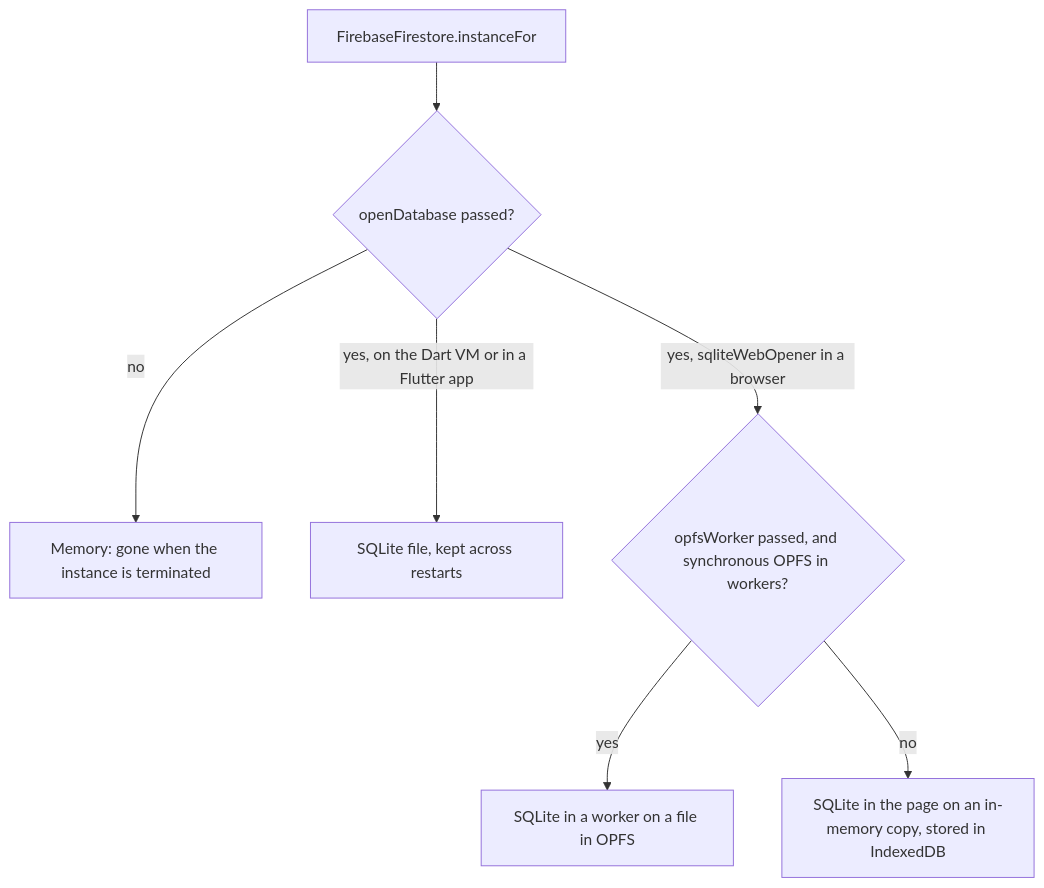
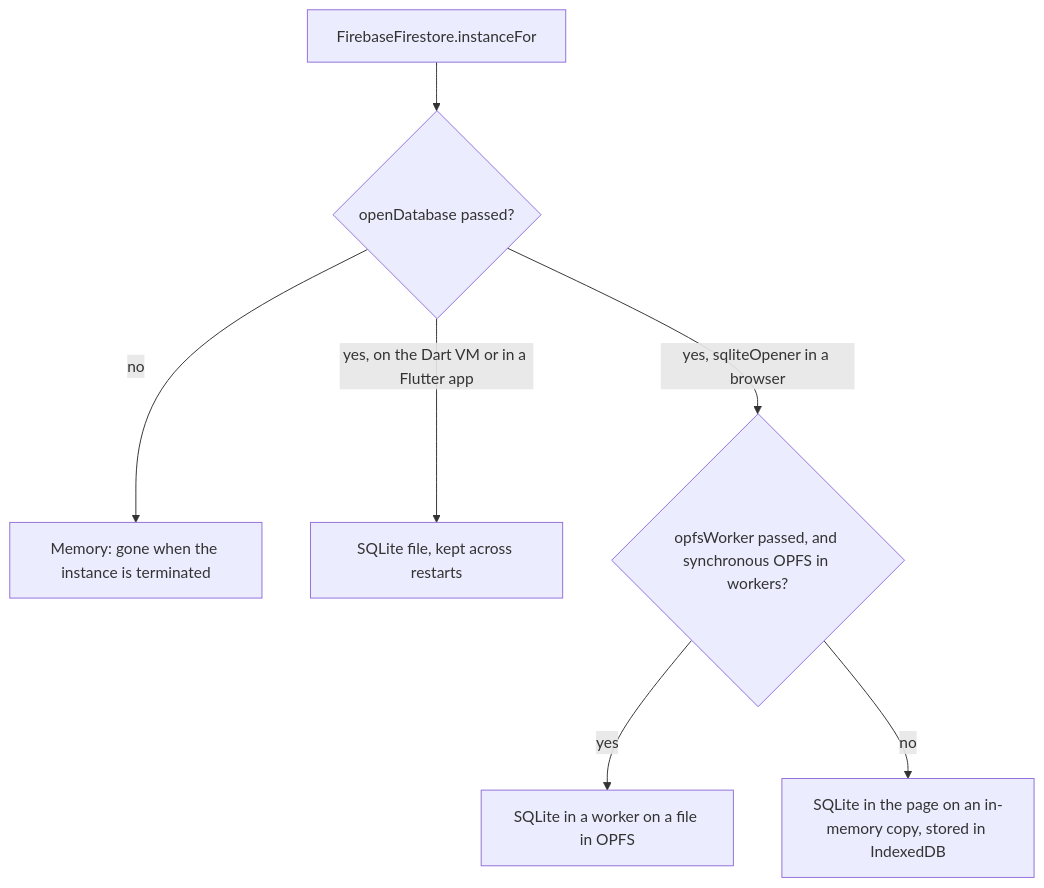
The first of 2 diagrams in docs/guides/offline_persistence.md (long1eu/firebase_dart_sdk), drawn with Mermaid before and after one commit. The commit also changed other lines of this file and 24 other files, not shown here.

````diff
--- a/docs/guides/offline_persistence.md
+++ b/docs/guides/offline_persistence.md
@@ -15,9 +15,9 @@
 ```mermaid
 flowchart TD
     start["FirebaseFirestore.instanceFor"] --> hasOpener{"openDatabase passed?"}
     hasOpener -->|no| memory["Memory: gone when the instance is terminated"]
     hasOpener -->|"yes, on the Dart VM or in a Flutter app"| sqliteFile["SQLite file, kept across restarts"]
-    hasOpener -->|"yes, sqliteWebOpener in a browser"| hasWorker{"opfsWorker passed, and synchronous OPFS in workers?"}
+    hasOpener -->|"yes, sqliteOpener in a browser"| hasWorker{"opfsWorker passed, and synchronous OPFS in workers?"}
     hasWorker -->|yes| opfs["SQLite in a worker on a file in OPFS"]
     hasWorker -->|no| indexedDb["SQLite in the page on an in-memory copy, stored in IndexedDB"]
 ```
````
